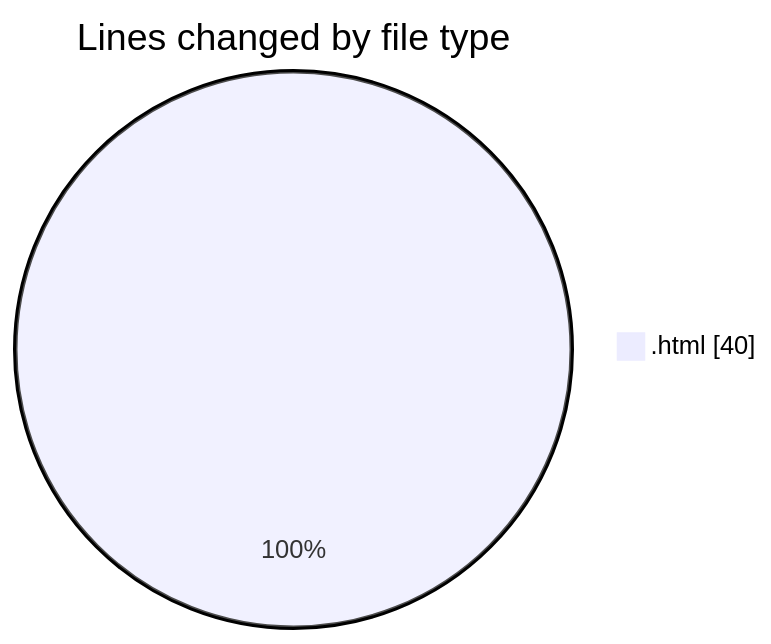
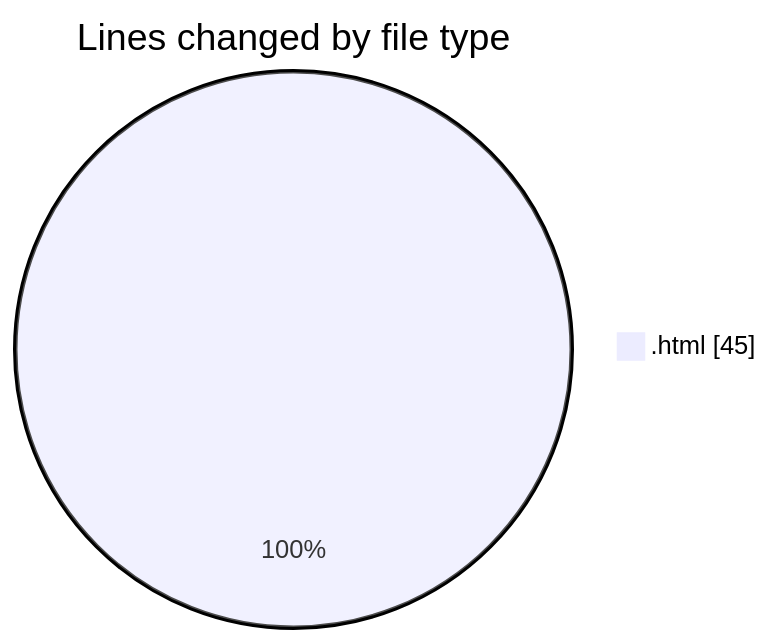
One commit to LanceThiago/code-tracking changed the first of 2 diagrams in 2025-01-07/nueva_carpeta/README.md. Above: the diagram before and after it, drawn with Mermaid. The commit also changed other lines of this file and 1 other file, not shown here.

````diff
--- a/2025-01-07/nueva_carpeta/README.md
+++ b/2025-01-07/nueva_carpeta/README.md
@@ -20,5 +20,5 @@
 ```mermaid
 pie showData
 title Lines changed by file type
-".html" : 40
+".html" : 45
 ```
````
